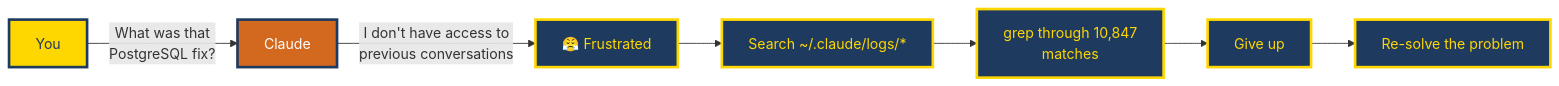
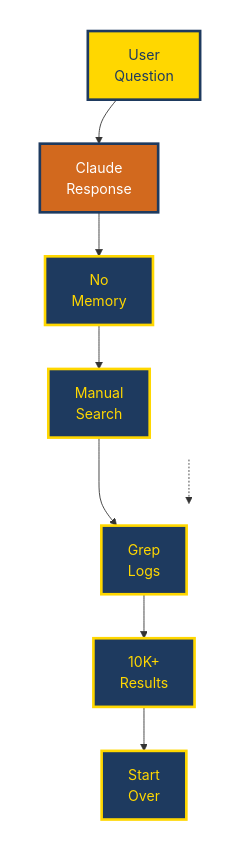
The diagram in docs/diagrams/before-diagram.mmd (ramccor/claude-self-reflect), drawn with Mermaid before and after one commit. The commit also changed 3 other files, not shown here.

First line of the commit message:
fix: Redesign diagrams with shorter labels and two-row layout

```diff
--- a/docs/diagrams/before-diagram.mmd
+++ b/docs/diagrams/before-diagram.mmd
@@ -1,15 +1,25 @@
-flowchart LR
-    A[You] -->|"What was that<br/>PostgreSQL fix?"| B[Claude]
-    B -->|"I don't have access to<br/>previous conversations"| C[😤 Frustrated]
-    C --> D[Search ~/.claude/logs/*]
-    D --> E[grep through 10,847<br/>matches]
-    E --> F[Give up]
-    F --> G[Re-solve the problem]
+flowchart TB
+    subgraph Row1[" "]
+        A[User<br/>Question] --> B[Claude<br/>Response]
+        B --> C[No<br/>Memory]
+        C --> D[Manual<br/>Search]
+    end
+    
+    subgraph Row2[" "]
+        D --> E[Grep<br/>Logs]
+        E --> F[10K+<br/>Results]
+        F --> G[Start<br/>Over]
+    end
+    
+    Row1 -.-> Row2
     
     classDef userStyle fill:#FFD700,stroke:#1e3a5f,stroke-width:3px,color:#1e3a5f
     classDef claudeStyle fill:#D2691E,stroke:#1e3a5f,stroke-width:3px,color:#fff
     classDef problemStyle fill:#1e3a5f,stroke:#FFD700,stroke-width:3px,color:#FFD700
     
     class A userStyle
     class B claudeStyle
     class C,D,E,F,G problemStyle
+    
+    style Row1 fill:transparent,stroke:none
+    style Row2 fill:transparent,stroke:none
```
